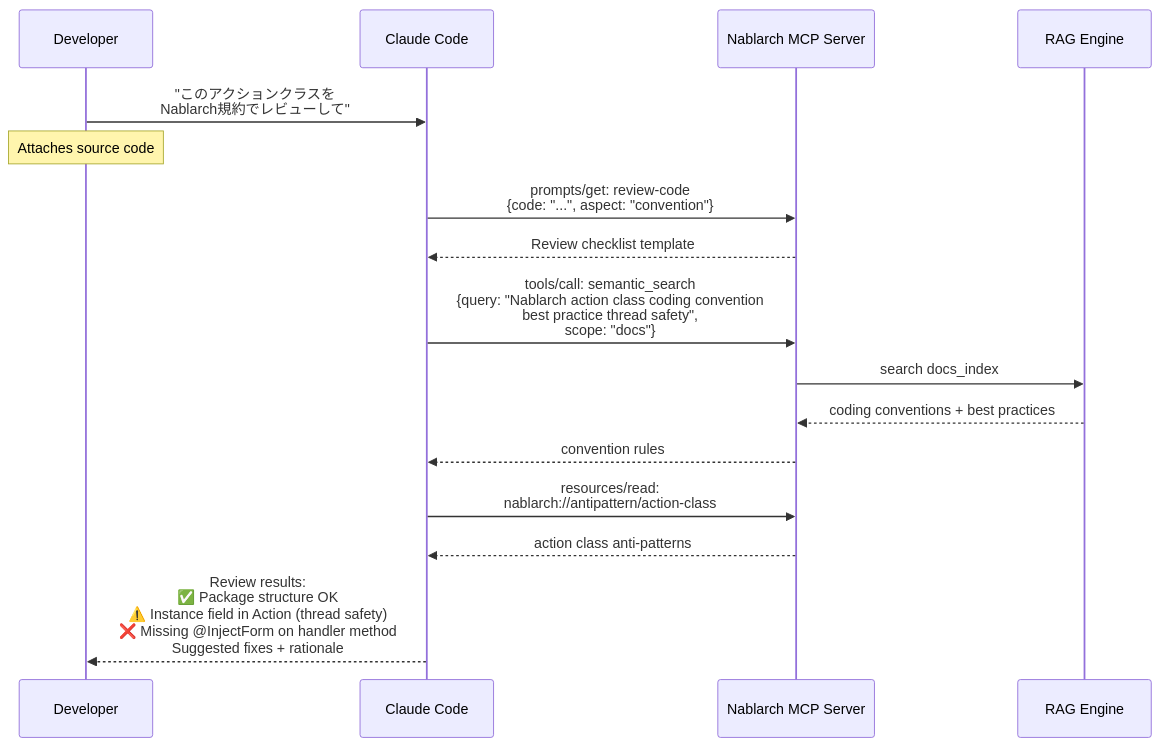
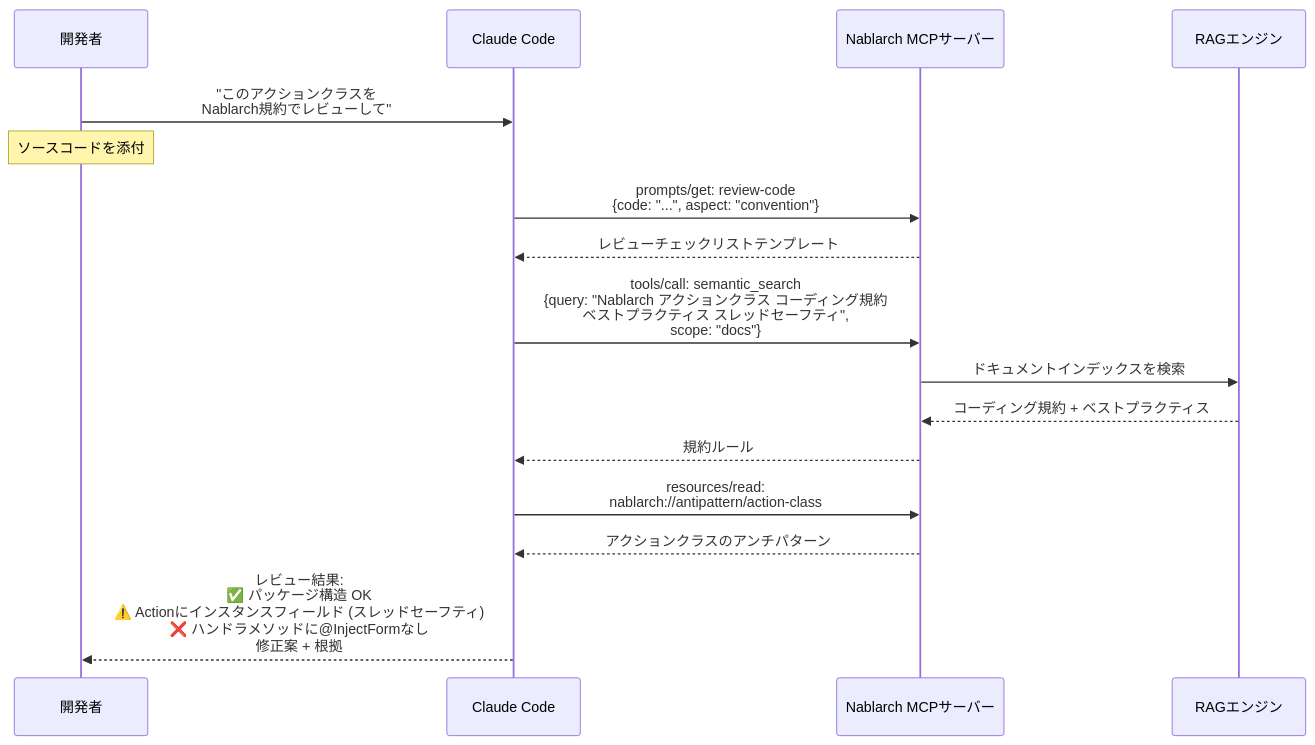
Before and after one commit to kumagoro1202/nablarch-mcp-server: the fifth of 9 diagrams in docs/use-cases.md, drawn with Mermaid. The commit also changed other lines of this file and 3 other files, not shown here.

````diff
--- a/docs/use-cases.md
+++ b/docs/use-cases.md
@@ -490,23 +478,23 @@
 ```mermaid
 sequenceDiagram
-    participant Dev as Developer
+    participant Dev as 開発者
     participant AI as Claude Code
-    participant MCP as Nablarch MCP Server
-    participant RAG as RAG Engine
+    participant MCP as Nablarch MCPサーバー
+    participant RAG as RAGエンジン
 
     Dev->>AI: "このアクションクラスを<br/>Nablarch規約でレビューして"
-    Note over Dev: Attaches source code
+    Note over Dev: ソースコードを添付
 
     AI->>MCP: prompts/get: review-code<br/>{code: "...", aspect: "convention"}
-    MCP-->>AI: Review checklist template
+    MCP-->>AI: レビューチェックリストテンプレート
 
-    AI->>MCP: tools/call: semantic_search<br/>{query: "Nablarch action class coding convention<br/>best practice thread safety",<br/> scope: "docs"}
-    MCP->>RAG: search docs_index
-    RAG-->>MCP: coding conventions + best practices
-    MCP-->>AI: convention rules
+    AI->>MCP: tools/call: semantic_search<br/>{query: "Nablarch アクションクラス コーディング規約<br/>ベストプラクティス スレッドセーフティ",<br/> scope: "docs"}
+    MCP->>RAG: ドキュメントインデックスを検索
+    RAG-->>MCP: コーディング規約 + ベストプラクティス
+    MCP-->>AI: 規約ルール
 
     AI->>MCP: resources/read:<br/>nablarch://antipattern/action-class
-    MCP-->>AI: action class anti-patterns
+    MCP-->>AI: アクションクラスのアンチパターン
 
-    AI-->>Dev: Review results:<br/>✅ Package structure OK<br/>⚠️ Instance field in Action (thread safety)<br/>❌ Missing @InjectForm on handler method<br/>Suggested fixes + rationale
+    AI-->>Dev: レビュー結果:<br/>✅ パッケージ構造 OK<br/>⚠️ Actionにインスタンスフィールド (スレッドセーフティ)<br/>❌ ハンドラメソッドに@InjectFormなし<br/>修正案 + 根拠
 ```
````
